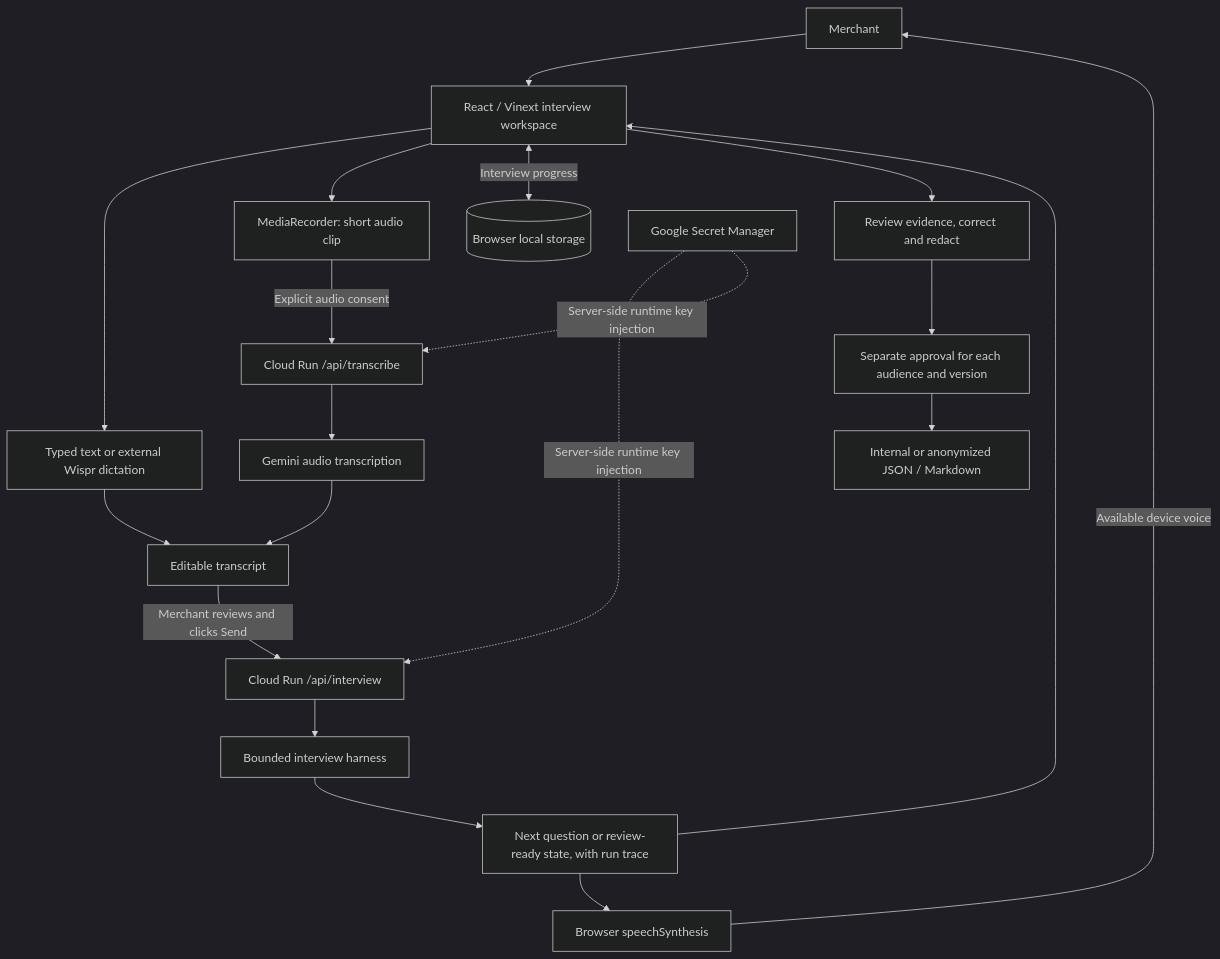
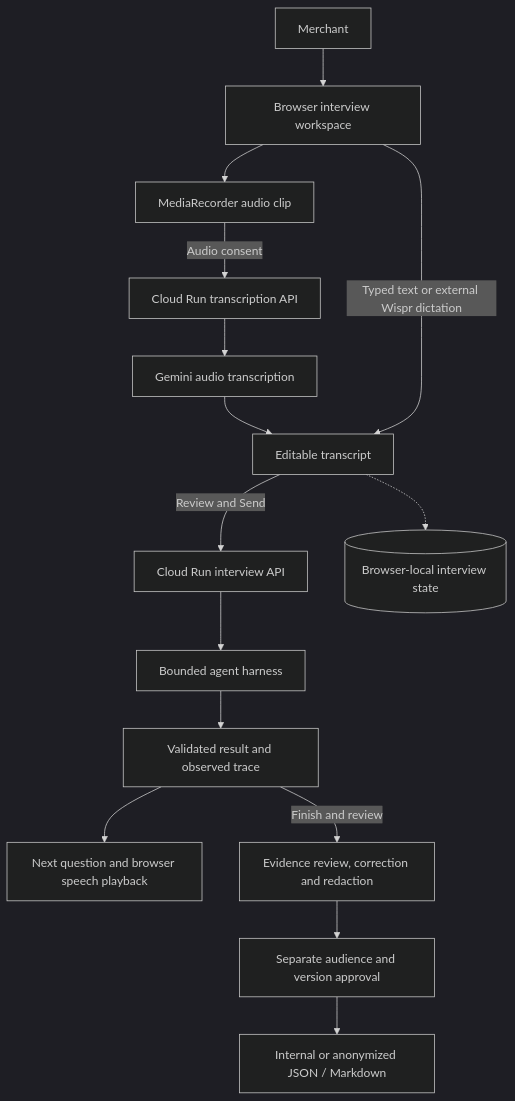
Before and after one commit to gowtham66867/merchantlens-paytm: the first of 2 diagrams in README.md, drawn with Mermaid (dark theme). The commit also changed other lines of this file, not shown here.

Commit message:
Simplify runtime diagram for readable GitHub presentation

````diff
--- a/README.md
+++ b/README.md
@@ -70,22 +70,17 @@
 ```mermaid
 flowchart TD
-    Merchant["Merchant"] --> Input["React / Vinext interview workspace"]
-    Input --> Text["Typed text or external Wispr dictation"]
-    Input --> Record["MediaRecorder: short audio clip"]
-    Record -->|"Explicit audio consent"| STT["Cloud Run /api/transcribe"]
+    Merchant["Merchant"] --> Input["Browser interview workspace"]
+    Input --> Record["MediaRecorder audio clip"]
+    Record -->|"Audio consent"| STT["Cloud Run transcription API"]
     STT --> Google["Gemini audio transcription"]
     Google --> Draft["Editable transcript"]
-    Text --> Draft
-    Draft -->|"Merchant reviews and clicks Send"| API["Cloud Run /api/interview"]
-    API --> Harness["Bounded interview harness"]
-    Harness --> Result["Next question or review-ready state, with run trace"]
-    Result --> Input
-    Result --> Speech["Browser speechSynthesis"]
-    Speech -->|"Available device voice"| Merchant
-    Input <-->|"Interview progress"| Local[("Browser local storage")]
-    Input --> Review["Review evidence, correct and redact"]
-    Review --> Approval["Separate approval for each audience and version"]
+    Input -->|"Typed text or external Wispr dictation"| Draft
+    Draft -->|"Review and Send"| API["Cloud Run interview API"]
+    API --> Harness["Bounded agent harness"]
+    Harness --> Result["Validated result and observed trace"]
+    Result --> Next["Next question and browser speech playback"]
+    Result -->|"Finish and review"| Review["Evidence review, correction and redaction"]
+    Review --> Approval["Separate audience and version approval"]
     Approval --> Export["Internal or anonymized JSON / Markdown"]
-    Secrets["Google Secret Manager"] -.->|"Server-side runtime key injection"| API
-    Secrets -.->|"Server-side runtime key injection"| STT
+    Draft -.-> Local[("Browser-local interview state")]
 ```
````
